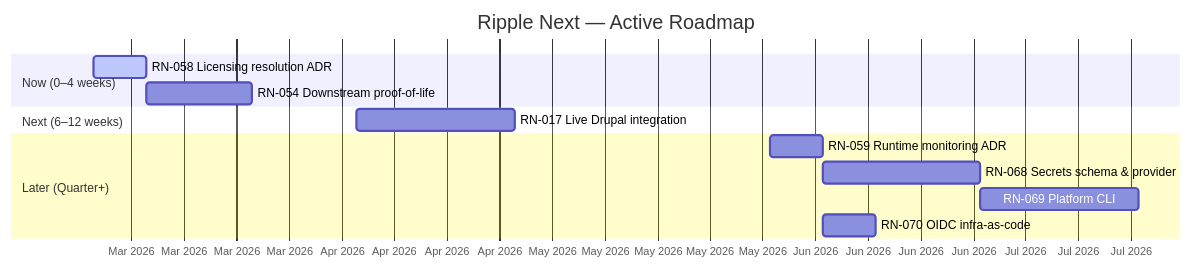
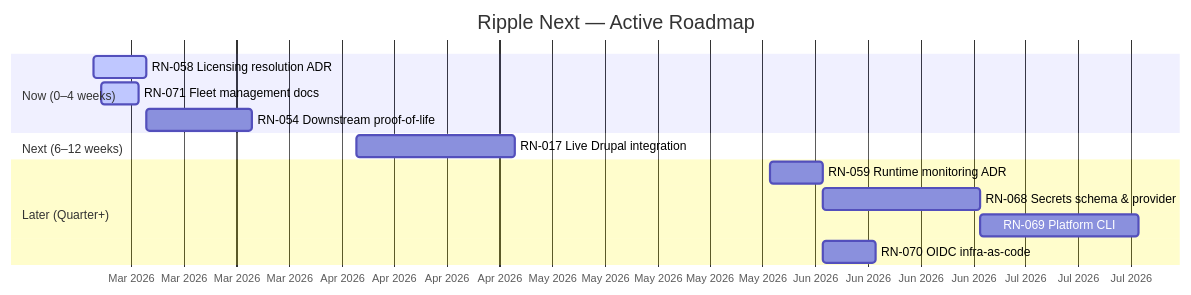
The diagram in docs/product-roadmap/README.md (jbejenar/ripple-next), drawn with Mermaid before and after one commit. The commit also changed other lines of this file and 7 other files, not shown here.

````diff
--- a/docs/product-roadmap/README.md
+++ b/docs/product-roadmap/README.md
@@ -16,19 +16,20 @@
 ```mermaid
 gantt
     title Ripple Next — Active Roadmap
     dateFormat YYYY-MM-DD
     axisFormat %b %Y
 
     section Now (0–4 weeks)
     RN-058 Licensing resolution ADR        :active, rn058, 2026-03-03, 7d
+    RN-071 Fleet management docs           :active, rn071, 2026-03-04, 5d
     RN-054 Downstream proof-of-life        :rn054, 2026-03-10, 14d
 
     section Next (6–12 weeks)
     RN-017 Live Drupal integration         :rn017, 2026-04-07, 21d
 
     section Later (Quarter+)
     RN-059 Runtime monitoring ADR          :rn059, 2026-06-01, 7d
     RN-068 Secrets schema & provider       :rn068, 2026-06-08, 21d
     RN-069 Platform CLI                    :rn069, after rn068, 21d
     RN-070 OIDC infra-as-code              :rn070, 2026-06-08, 7d
 ```
````
